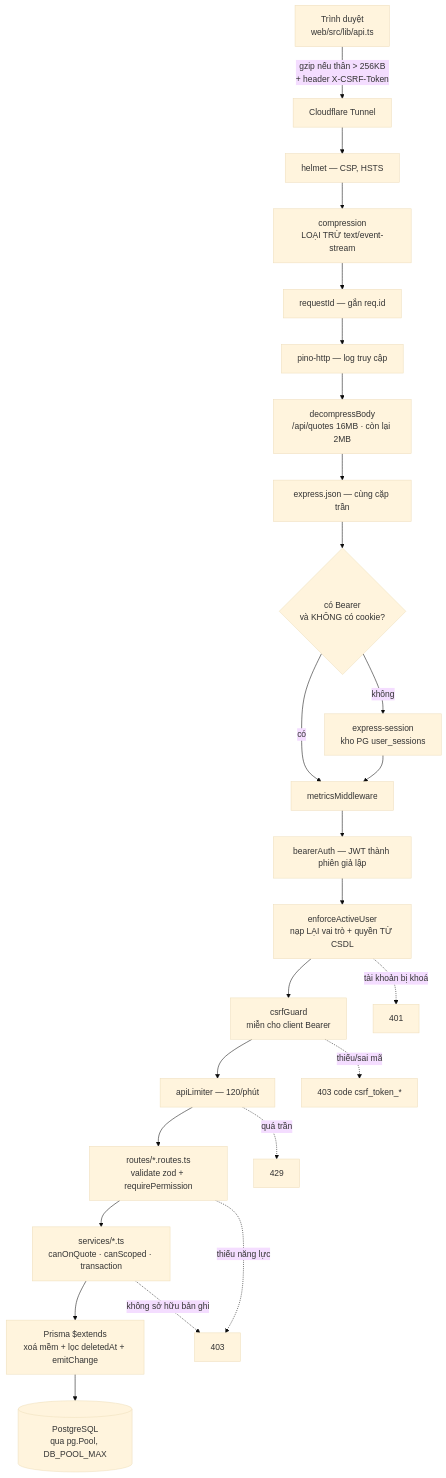
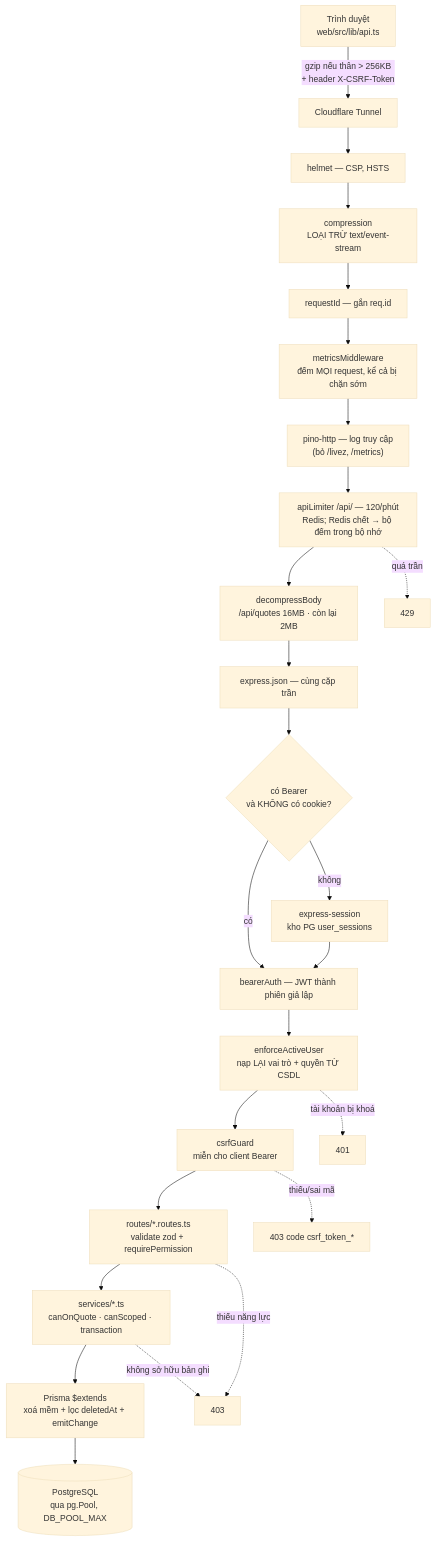
Before and after one commit to ndh0408/quanly-baogia: the diagram in docs/architecture/diagrams/request-lifecycle.md, drawn with Mermaid (base theme). The commit also changed other lines of this file and 26 other files, not shown here.

````diff
--- a/docs/architecture/diagrams/request-lifecycle.md
+++ b/docs/architecture/diagrams/request-lifecycle.md
@@ -6,28 +10,28 @@
 ```mermaid
 flowchart TD
     B["Trình duyệt<br/>web/src/lib/api.ts"] -->|"gzip nếu thân > 256KB<br/>+ header X-CSRF-Token"| CF["Cloudflare Tunnel"]
     CF --> H["helmet — CSP, HSTS"]
     H --> C["compression<br/>LOẠI TRỪ text/event-stream"]
     C --> RID["requestId — gắn req.id"]
-    RID --> LOG["pino-http — log truy cập"]
-    LOG --> DEC["decompressBody<br/>/api/quotes 16MB · còn lại 2MB"]
+    RID --> MET["metricsMiddleware<br/>đếm MỌI request, kể cả bị chặn sớm"]
+    MET --> LOG["pino-http — log truy cập<br/>(bỏ /livez, /metrics)"]
+    LOG --> RL["apiLimiter /api/ — 120/phút<br/>Redis; Redis chết → bộ đếm trong bộ nhớ"]
+    RL --> DEC["decompressBody<br/>/api/quotes 16MB · còn lại 2MB"]
     DEC --> JSON["express.json — cùng cặp trần"]
     JSON --> SESS{"có Bearer<br/>và KHÔNG có cookie?"}
-    SESS -->|"có"| MET["metricsMiddleware"]
+    SESS -->|"có"| BA["bearerAuth — JWT thành phiên giả lập"]
     SESS -->|"không"| PG["express-session<br/>kho PG user_sessions"]
-    PG --> MET
-    MET --> BA["bearerAuth — JWT thành phiên giả lập"]
+    PG --> BA
     BA --> EAU["enforceActiveUser<br/>nạp LẠI vai trò + quyền TỪ CSDL"]
     EAU --> CSRF["csrfGuard<br/>miễn cho client Bearer"]
-    CSRF --> RL["apiLimiter — 120/phút"]
-    RL --> R["routes/*.routes.ts<br/>validate zod + requirePermission"]
+    CSRF --> R["routes/*.routes.ts<br/>validate zod + requirePermission"]
     R --> S["services/*.ts<br/>canOnQuote · canScoped · transaction"]
     S --> P["Prisma $extends<br/>xoá mềm + lọc deletedAt + emitChange"]
     P --> DB[("PostgreSQL<br/>qua pg.Pool, DB_POOL_MAX")]
 
     EAU -.->|"tài khoản bị khoá"| E401["401"]
     CSRF -.->|"thiếu/sai mã"| E403["403 code csrf_token_*"]
     RL -.->|"quá trần"| E429["429"]
     R -.->|"thiếu năng lực"| F403["403"]
     S -.->|"không sở hữu bản ghi"| F403
 ```
````
